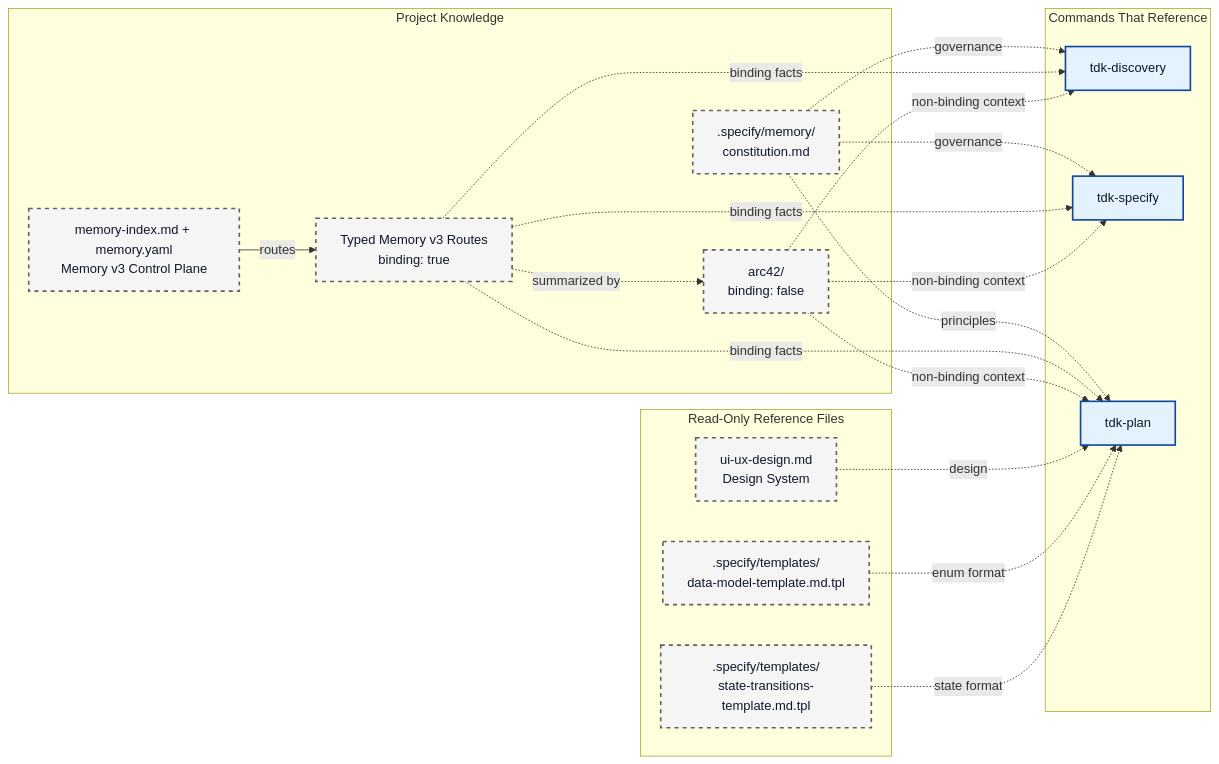
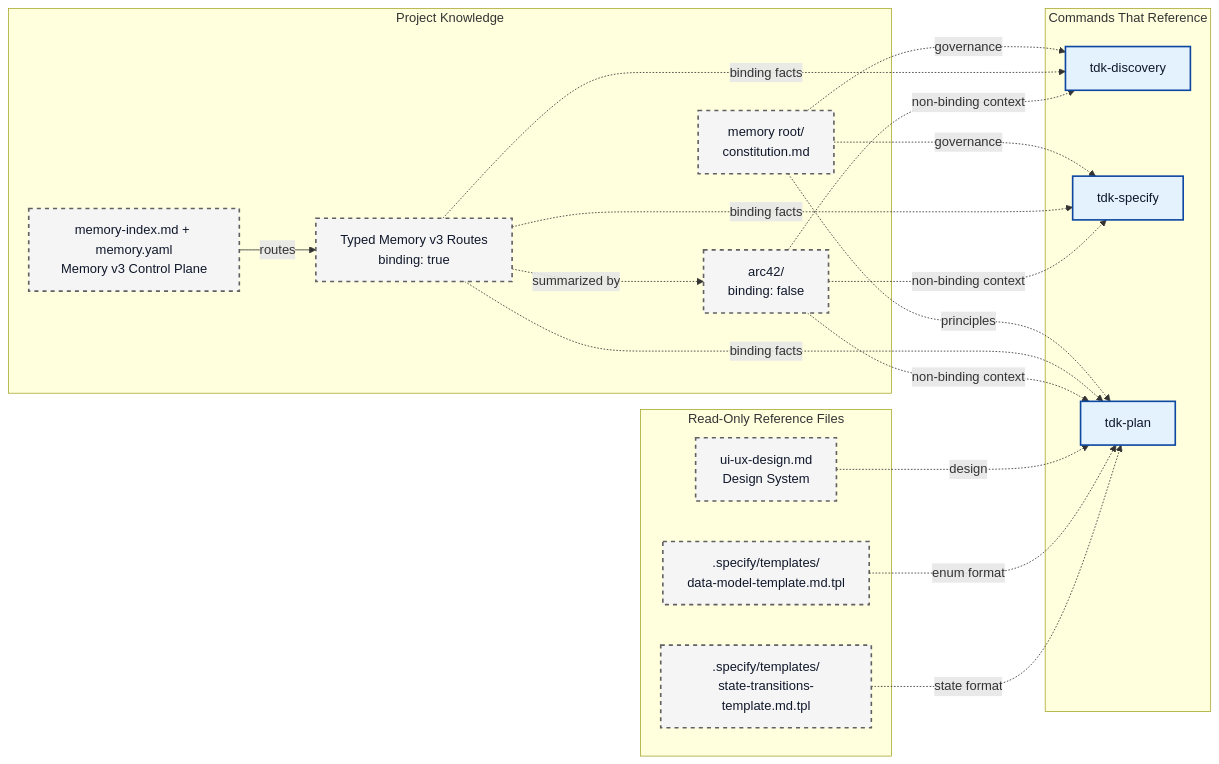
The eighth of 9 diagrams in .specify/docs/en/guides/workflow-map.md (vinhltt/tdk), drawn with Mermaid before and after one commit. The commit also changed other lines of this file and 99 other files, not shown here.

````diff
--- a/.specify/docs/en/guides/workflow-map.md
+++ b/.specify/docs/en/guides/workflow-map.md
@@ -412,42 +412,42 @@
 ```mermaid
 flowchart LR
     subgraph PROJECT_KNOWLEDGE[Project Knowledge]
-        CONST[.specify/memory/<br/>constitution.md]
+        CONST[memory root/<br/>constitution.md]
         MEMORY_CONTROL[memory-index.md + memory.yaml<br/>Memory v3 Control Plane]
         TYPED_MEMORY[Typed Memory v3 Routes<br/>binding: true]
         ARC42[arc42/<br/>binding: false]
     end
 
     subgraph TEMPLATES[Read-Only Reference Files]
         UIUX[ui-ux-design.md<br/>Design System]
         REF_DM[.specify/templates/<br/>data-model-template.md.tpl]
         REF_ST[.specify/templates/<br/>state-transitions-template.md.tpl]
     end
 
     subgraph COMMANDS[Commands That Reference]
         DISCOVERY_CMD[tdk-discovery]
         SPECIFY_CMD[tdk-specify]
         PLAN[tdk-plan]
     end
 
     MEMORY_CONTROL -->|routes| TYPED_MEMORY
     TYPED_MEMORY -.->|summarized by| ARC42
     CONST -.->|governance| DISCOVERY_CMD
     CONST -.->|governance| SPECIFY_CMD
     CONST -.->|principles| PLAN
     TYPED_MEMORY -.->|binding facts| DISCOVERY_CMD
     TYPED_MEMORY -.->|binding facts| SPECIFY_CMD
     TYPED_MEMORY -.->|binding facts| PLAN
     ARC42 -.->|non-binding context| DISCOVERY_CMD
     ARC42 -.->|non-binding context| SPECIFY_CMD
     ARC42 -.->|non-binding context| PLAN
     UIUX -.->|design| PLAN
     REF_DM -.->|enum format| PLAN
     REF_ST -.->|state format| PLAN
 
     classDef reference fill:#f5f5f5,stroke:#616161,stroke-width:2px,stroke-dasharray: 5 5,color:#0f172a
     classDef command fill:#e3f2fd,stroke:#0d47a1,stroke-width:2px,color:#0f172a
 
     class CONST,MEMORY_CONTROL,TYPED_MEMORY,ARC42,UIUX,REF_DM,REF_ST reference
     class DISCOVERY_CMD,SPECIFY_CMD,PLAN command
 ```
````
